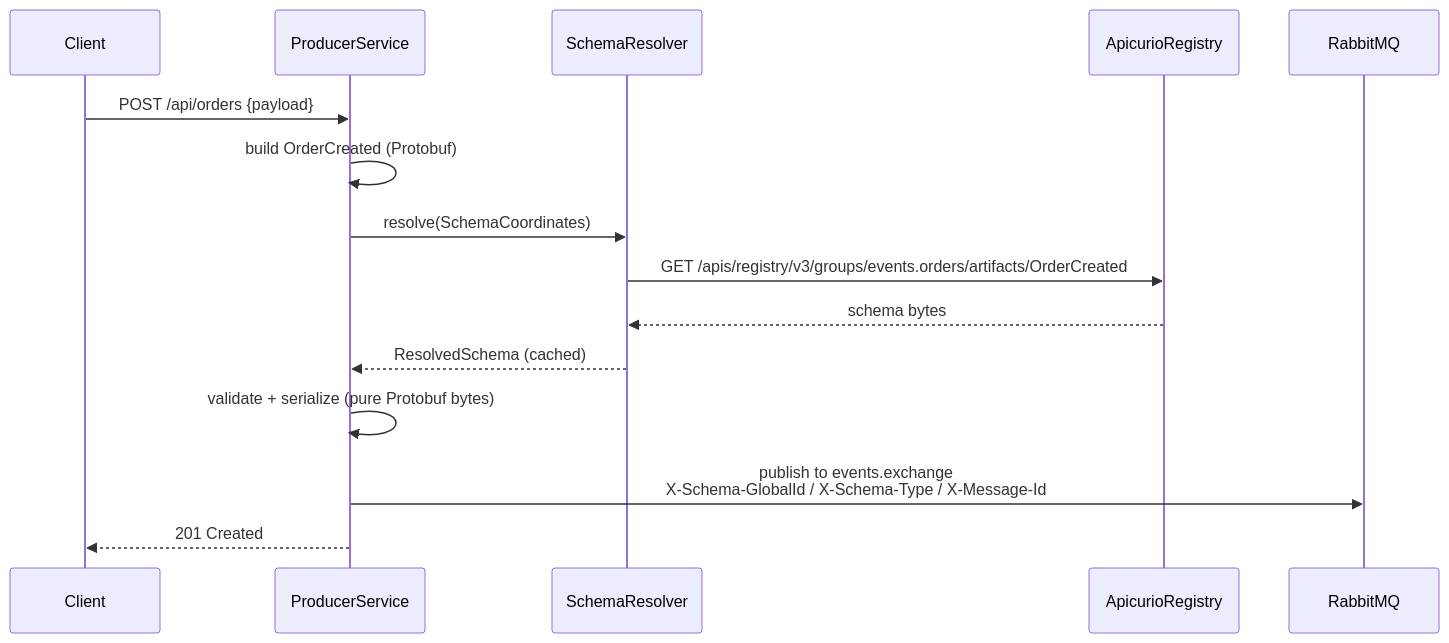
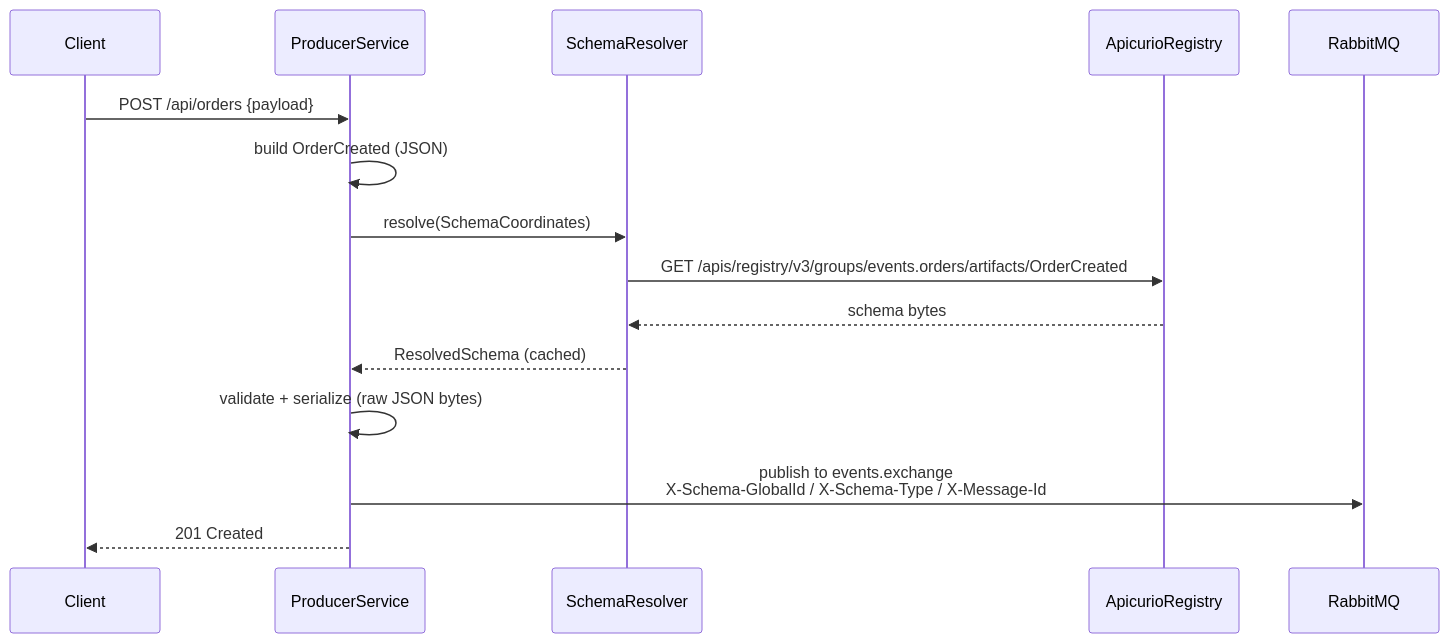
One commit to anarefin/schema-registry-demo changed the first of 4 diagrams in README.md. Above: the diagram before and after it, drawn with Mermaid. The commit also changed other lines of this file and 20 other files, not shown here.

First line of the commit message:
Update docs and CI workflows for the JSON Schema-only refactor

````diff
--- a/README.md
+++ b/README.md
@@ -192,18 +192,18 @@
 ```mermaid
 sequenceDiagram
     participant C as Client
     participant P as ProducerService
     participant R as SchemaResolver
     participant A as ApicurioRegistry
     participant MQ as RabbitMQ
 
     C->>P: POST /api/orders {payload}
-    P->>P: build OrderCreated (Protobuf)
+    P->>P: build OrderCreated (JSON)
     P->>R: resolve(SchemaCoordinates)
     R->>A: GET /apis/registry/v3/groups/events.orders/artifacts/OrderCreated
     A-->>R: schema bytes
     R-->>P: ResolvedSchema (cached)
-    P->>P: validate + serialize (pure Protobuf bytes)
+    P->>P: validate + serialize (raw JSON bytes)
     P->>MQ: publish to events.exchange<br/>X-Schema-GlobalId / X-Schema-Type / X-Message-Id
     P-->>C: 201 Created
 ```
````
